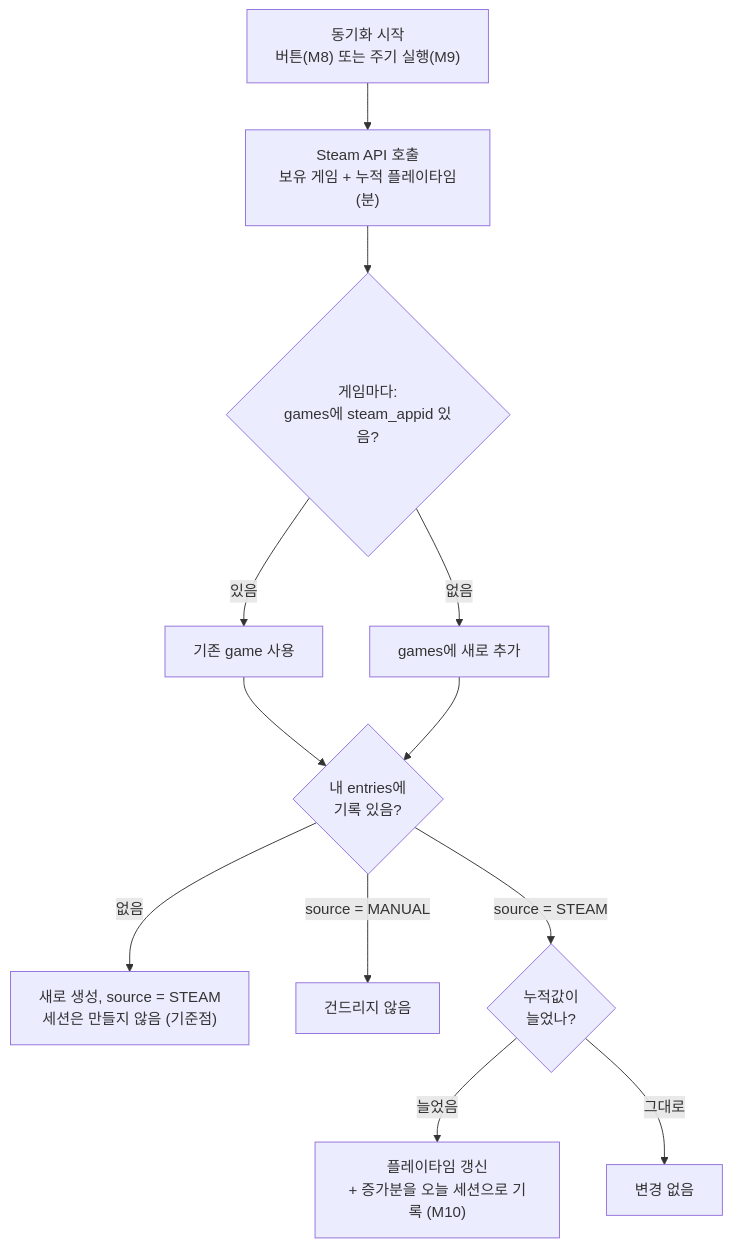
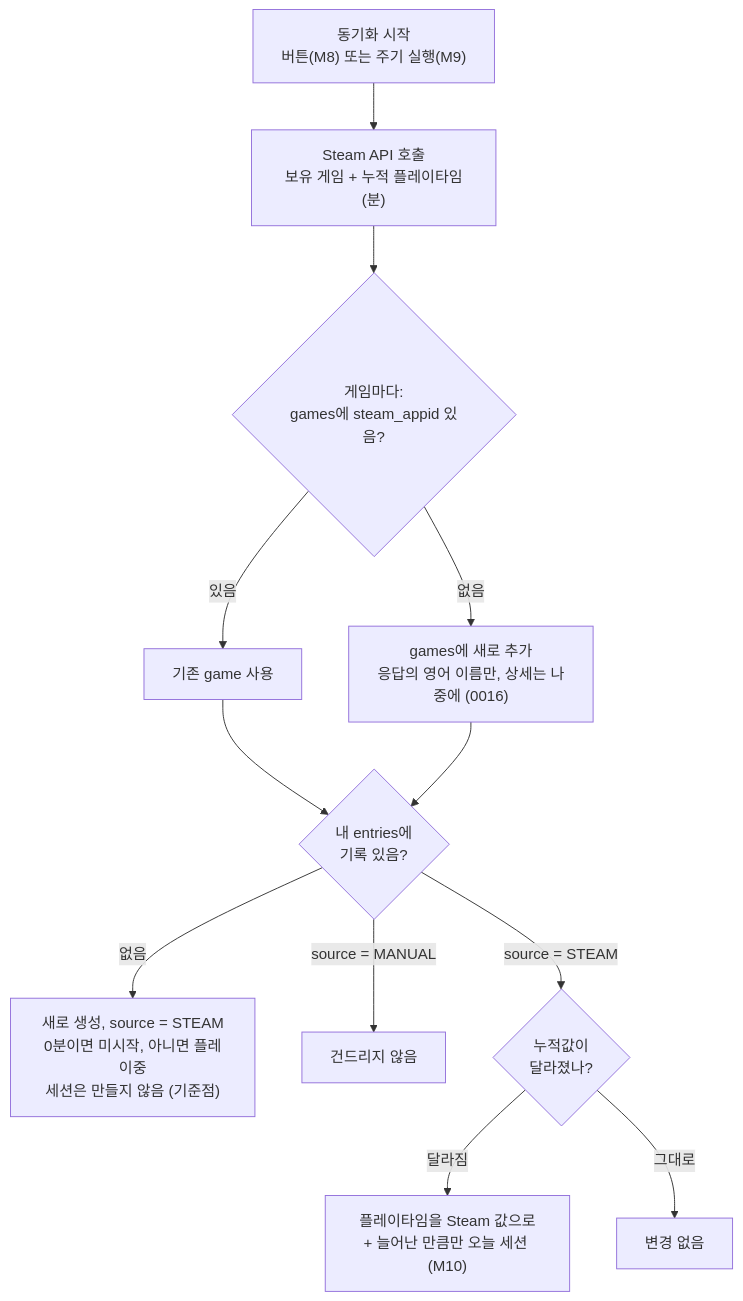
Before and after one commit to sagming40/PlayLedger: the seventh of 10 diagrams in docs/ARCHITECTURE.md, drawn with Mermaid. The commit also changed other lines of this file and 10 other files, not shown here.

````diff
--- a/docs/ARCHITECTURE.md
+++ b/docs/ARCHITECTURE.md
@@ -481,14 +481,14 @@
 ```mermaid
 flowchart TD
     Start["동기화 시작<br/>버튼(M8) 또는 주기 실행(M9)"] --> Call["Steam API 호출<br/>보유 게임 + 누적 플레이타임(분)"]
     Call --> G{"게임마다:<br/>games에 steam_appid 있음?"}
     G -->|"있음"| UseG["기존 game 사용"]
-    G -->|"없음"| NewG["games에 새로 추가"]
+    G -->|"없음"| NewG["games에 새로 추가<br/>응답의 영어 이름만, 상세는 나중에 (0016)"]
     UseG --> E{"내 entries에<br/>기록 있음?"}
     NewG --> E
-    E -->|"없음"| NewE["새로 생성, source = STEAM<br/>세션은 만들지 않음 (기준점)"]
+    E -->|"없음"| NewE["새로 생성, source = STEAM<br/>0분이면 미시작, 아니면 플레이중<br/>세션은 만들지 않음 (기준점)"]
     E -->|"source = MANUAL"| Skip["건드리지 않음"]
-    E -->|"source = STEAM"| Diff{"누적값이<br/>늘었나?"}
-    Diff -->|"늘었음"| Upd["플레이타임 갱신<br/>+ 증가분을 오늘 세션으로 기록 (M10)"]
+    E -->|"source = STEAM"| Diff{"누적값이<br/>달라졌나?"}
+    Diff -->|"달라짐"| Upd["플레이타임을 Steam 값으로<br/>+ 늘어난 만큼만 오늘 세션 (M10)"]
     Diff -->|"그대로"| Same["변경 없음"]
 ```
````
